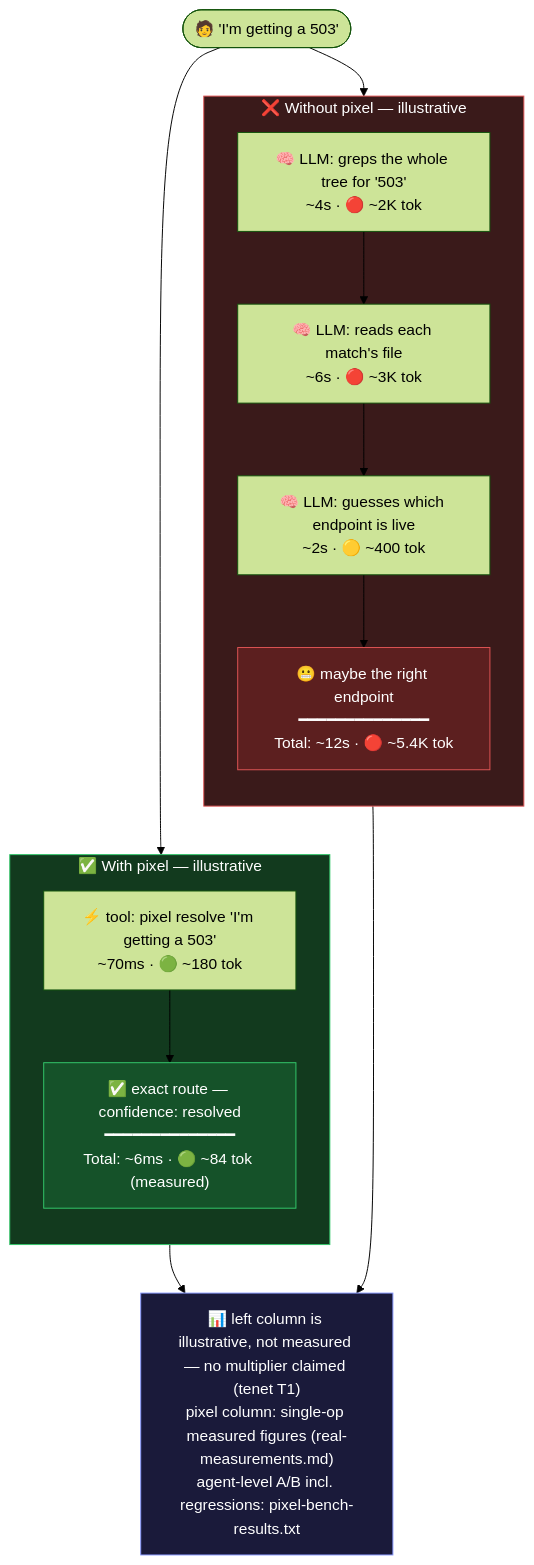
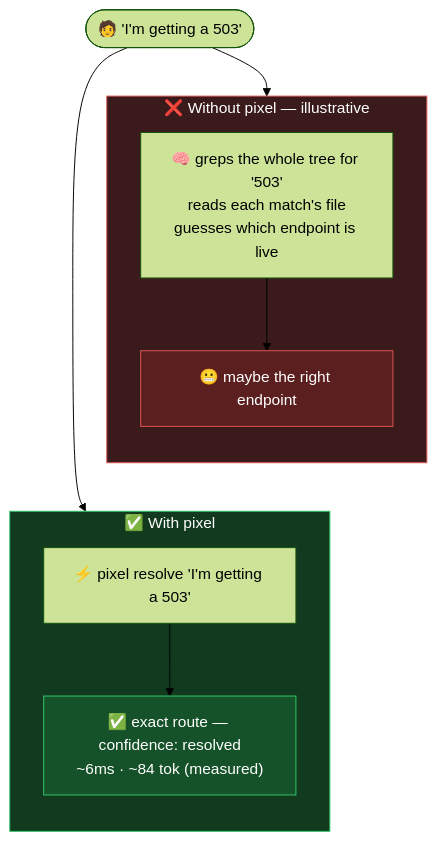
One commit to Pixel-CLI/pixel changed the diagram in docs/examples/02-resolve-error.mmd. Above: the diagram before and after it, drawn with Mermaid (forest theme). The commit also changed 21 other files, not shown here.

Commit message:
docs: condense README, add origin story, refresh diagrams

```diff
--- a/docs/examples/02-resolve-error.mmd
+++ b/docs/examples/02-resolve-error.mmd
@@ -1,30 +1,21 @@
 flowchart TD
     Ask(["🧑 'I'm getting a 503'"])
     Ask --> w1
     Ask --> p1
     w1 ~~~ p1
 
     subgraph W ["❌ Without pixel — illustrative"]
         direction TB
-        w1["🧠 LLM: greps the whole tree for '503'<br/>~4s · 🔴 ~2K tok"] --> w2
-        w2["🧠 LLM: reads each match's file<br/>~6s · 🔴 ~3K tok"] --> w3
-        w3["🧠 LLM: guesses which endpoint is live<br/>~2s · 🟡 ~400 tok"]
-        w3 --> w5["😬 maybe the right endpoint<br/>━━━━━━━━━━━━━━<br/>Total: ~12s · 🔴 ~5.4K tok"]
+        w1["🧠 greps the whole tree for '503'<br/>reads each match's file<br/>guesses which endpoint is live"] --> w5["😬 maybe the right endpoint"]
     end
 
-    subgraph P ["✅ With pixel — illustrative"]
+    subgraph P ["✅ With pixel"]
         direction TB
-        p1["⚡ tool: pixel resolve 'I'm getting a 503'<br/>~70ms · 🟢 ~180 tok"]
-        p1 --> p3["✅ exact route — confidence: resolved<br/>━━━━━━━━━━━━━━<br/>Total: ~6ms · 🟢 ~84 tok (measured)"]
+        p1["⚡ pixel resolve 'I'm getting a 503'"] --> p3["✅ exact route — confidence: resolved<br/>~6ms · ~84 tok (measured)"]
     end
-
-    w5 --> Recap
-    p3 --> Recap
-    Recap["📊 left column is illustrative, not measured — no multiplier claimed (tenet T1)<br/>pixel column: single-op measured figures (real-measurements.md)<br/>agent-level A/B incl. regressions: pixel-bench-results.txt"]
 
     style W fill:#3a1a1a,stroke:#e05555,color:#fff
     style P fill:#123a1e,stroke:#33c76a,color:#fff
     style w5 fill:#5c1f1f,stroke:#e05555,color:#fff
     style p3 fill:#155229,stroke:#33c76a,color:#fff
-    style Recap fill:#1a1a3a,stroke:#8899ff,color:#fff
     linkStyle 2 stroke-width:0px
```
